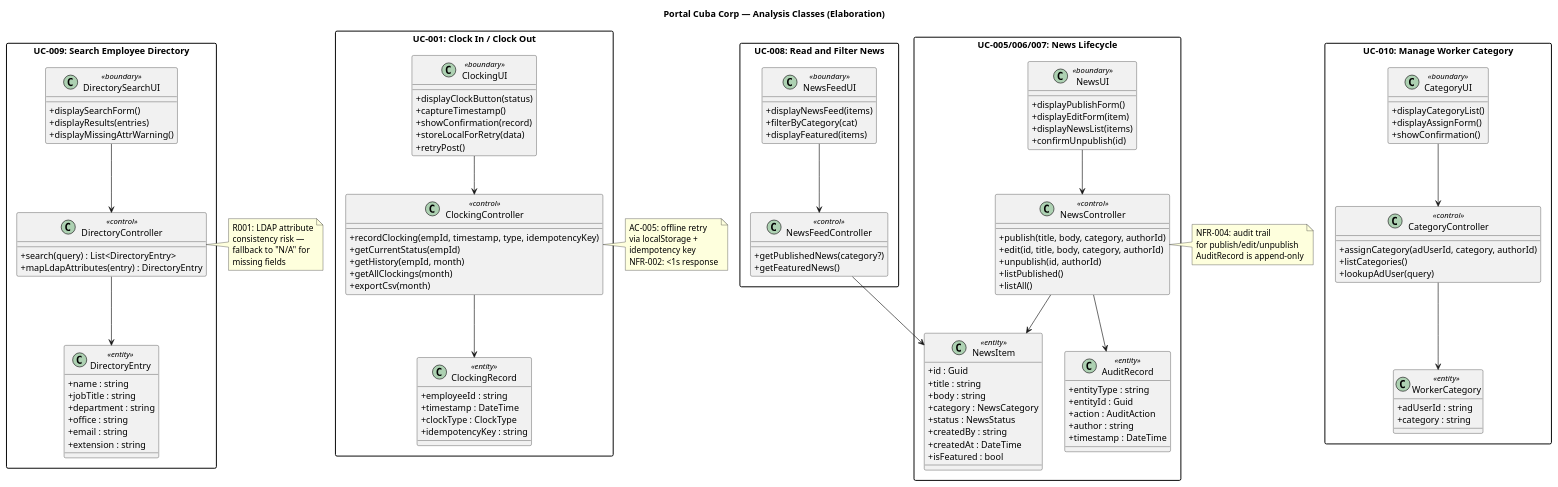
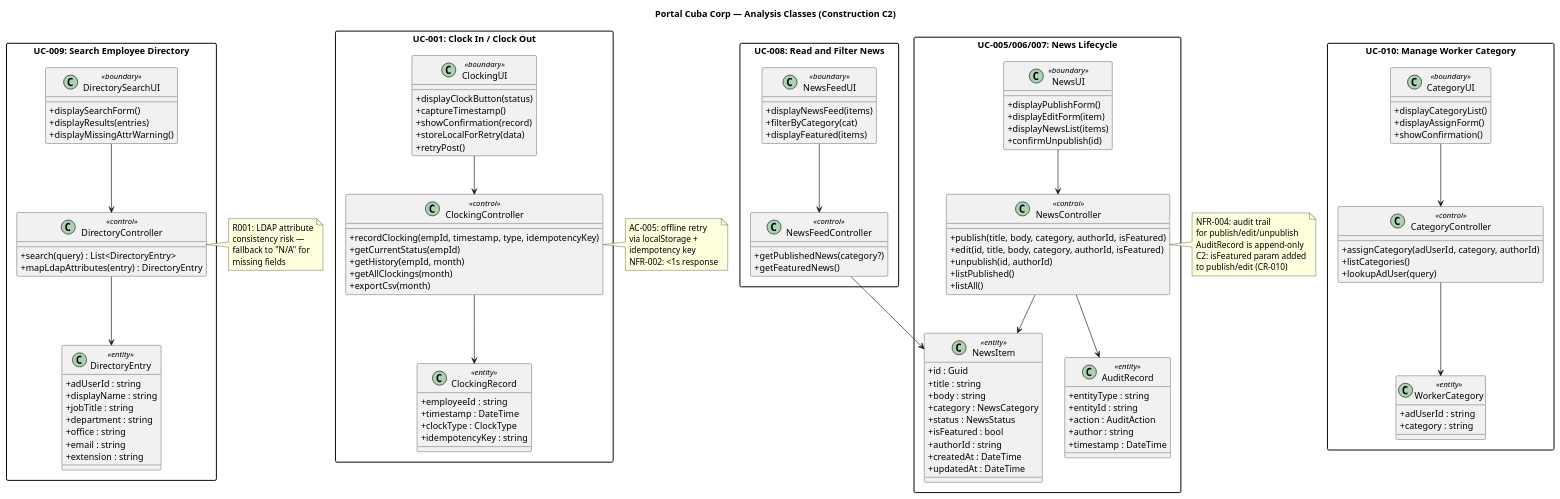
The first of 32 diagrams in docs/artifacts/analysis---design/design-model.md (banense-test/portal-cuba-corp), drawn with PlantUML before and after one commit. The commit also changed other lines of this file, not shown here.

Commit message:
Designer [C2]: upsert Design Model
[skip ci]

````diff
--- a/docs/artifacts/analysis---design/design-model.md
+++ b/docs/artifacts/analysis---design/design-model.md
@@ -101,6 +101,6 @@
 ```plantuml
 @startuml
-title Portal Cuba Corp — Analysis Classes (Elaboration)
+title Portal Cuba Corp — Analysis Classes (Construction C2)
 
 skinparam classAttributeIconSize 0
 skinparam packageStyle rectangle
@@ -139,7 +139,8 @@
     + mapLdapAttributes(entry) : DirectoryEntry
   }
   class "DirectoryEntry" as ACL006 <<entity>> {
-    + name : string
+    + adUserId : string
+    + displayName : string
     + jobTitle : string
     + department : string
     + office : string
@@ -156,8 +157,8 @@
     + confirmUnpublish(id)
   }
   class "NewsController" as ACL008 <<control>> {
-    + publish(title, body, category, authorId)
-    + edit(id, title, body, category, authorId)
+    + publish(title, body, category, authorId, isFeatured)
+    + edit(id, title, body, category, authorId, isFeatured)
     + unpublish(id, authorId)
     + listPublished()
     + listAll()
@@ -168,13 +169,14 @@
     + body : string
     + category : NewsCategory
     + status : NewsStatus
-    + createdBy : string
+    + isFeatured : bool
+    + authorId : string
     + createdAt : DateTime
-    + isFeatured : bool
+    + updatedAt : DateTime
   }
   class "AuditRecord" as ACL010 <<entity>> {
     + entityType : string
-    + entityId : Guid
+    + entityId : string
     + action : AuditAction
     + author : string
     + timestamp : DateTime
@@ -240,6 +242,8 @@
   NFR-004: audit trail
   for publish/edit/unpublish
   AuditRecord is append-only
+  C2: isFeatured param added
+  to publish/edit (CR-010)
 end note
 
 @enduml
````
